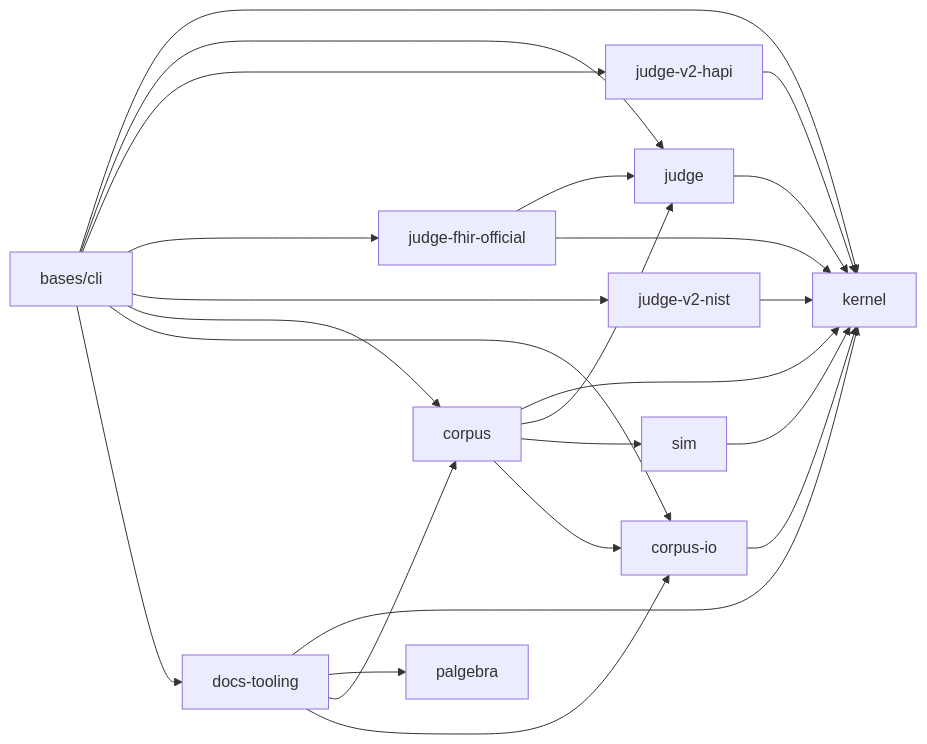
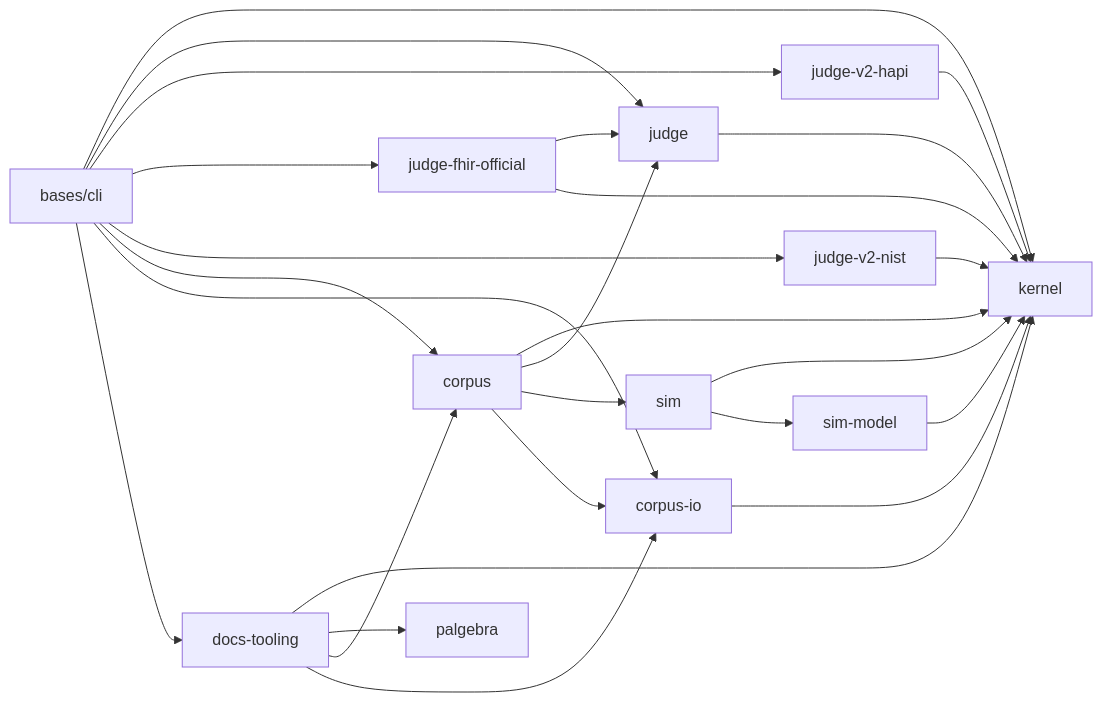
One commit to pragsmike/ehr-testing-tools changed the diagram in docs/dev/architecture.md. Above: the diagram before and after it, drawn with Mermaid. The commit also changed other lines of this file and 42 other files, not shown here.

Commit message:
refactor: extract sim-model from sim (sim split S1, plan 2026-08-02)

````diff
--- a/docs/dev/architecture.md
+++ b/docs/dev/architecture.md
@@ -25,38 +25,41 @@
 ```mermaid
 flowchart LR
     kernel[kernel]
     judge[judge]
     judgev2hapi[judge-v2-hapi]
     judgefhirofficial[judge-fhir-official]
     judgev2nist[judge-v2-nist]
     corpus[corpus]
     corpusio[corpus-io]
     docstooling[docs-tooling]
     palgebra[palgebra]
+    simmodel[sim-model]
     sim[sim]
     cli[bases/cli]
 
     judge --> kernel
     judgev2hapi --> kernel
     judgefhirofficial --> judge
     judgefhirofficial --> kernel
     judgev2nist --> kernel
     corpusio --> kernel
     corpus --> kernel
     corpus --> judge
     corpus --> sim
     corpus --> corpusio
+    simmodel --> kernel
     sim --> kernel
+    sim --> simmodel
     docstooling --> kernel
     docstooling --> palgebra
     docstooling --> corpus
     docstooling --> corpusio
     cli --> kernel
     cli --> judge
     cli --> judgev2hapi
     cli --> judgefhirofficial
     cli --> judgev2nist
     cli --> corpus
     cli --> corpusio
     cli --> docstooling
 ```
````
